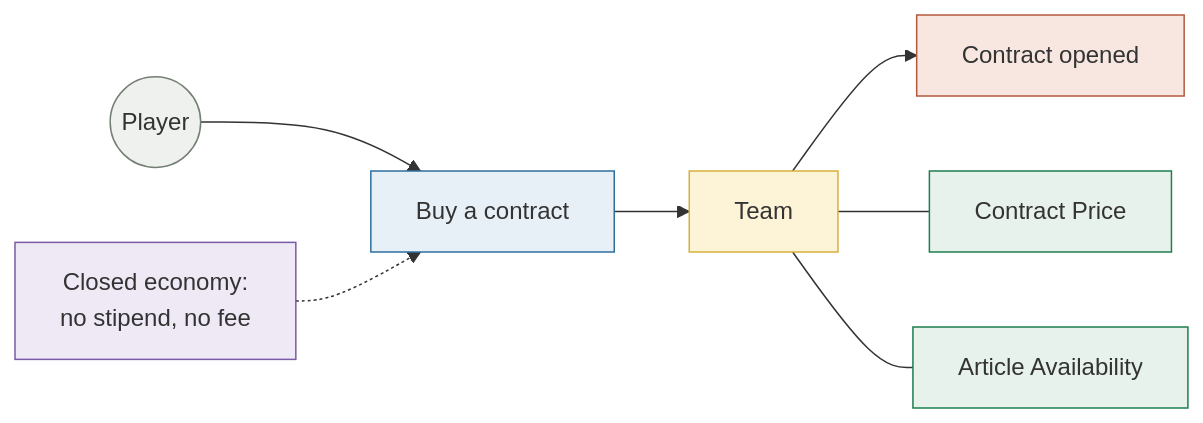
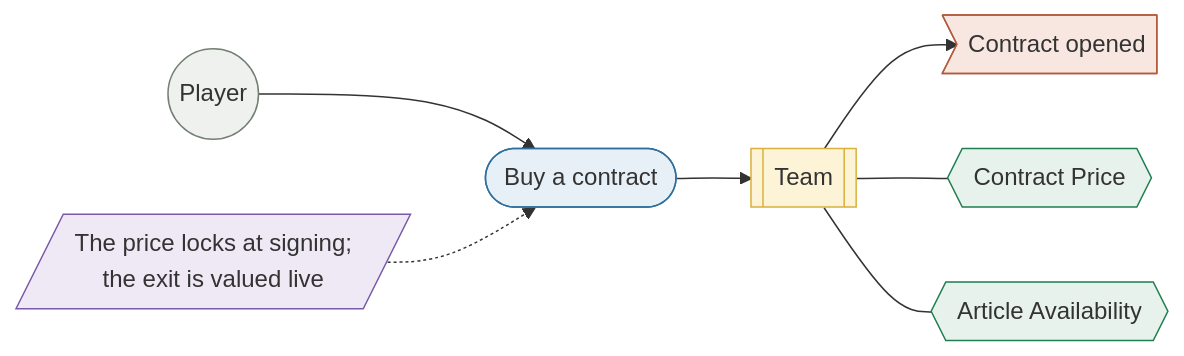
One commit to FantasyWiki/FantasyWiki changed the third of 5 diagrams in docs/site/pages/overview/requirements.md. Above: the diagram before and after it, drawn with Mermaid. The commit also changed other lines of this file and 20 other files, not shown here.

````diff
--- a/docs/site/pages/overview/requirements.md
+++ b/docs/site/pages/overview/requirements.md
@@ -82,16 +108,16 @@
 ```mermaid
 flowchart LR
-  A(("Player")) --> C["Buy a contract"] --> G["Team"] --> E["Contract opened"]
-  G --- V1["Contract Price"]
-  G --- V2["Article Availability"]
-  P["Closed economy:<br/>no stipend, no fee"] -.-> C
+  A(("Player")) --> C(["Buy a contract"]) --> G[["Team"]] --> E>"Contract opened"]
+  G --- V1{{"Contract Price"}}
+  G --- V2{{"Article Availability"}}
+  P[/"The price locks at signing;<br/>the exit is valued live"/] -.-> C
 
   classDef actor fill:#eef1ee,stroke:#737f73;
   classDef action fill:#e8f0f7,stroke:#2f6f9e;
   classDef agg fill:#fdf3d6,stroke:#d8b03a;
   classDef event fill:#f7e7e0,stroke:#b45a3c;
   classDef value fill:#e8f2ec,stroke:#1e7e50;
   classDef policy fill:#efe9f6,stroke:#7a5aa8;
   class A actor; class C action; class G agg; class E event;
   class V1,V2 value; class P policy;
 ```
````
